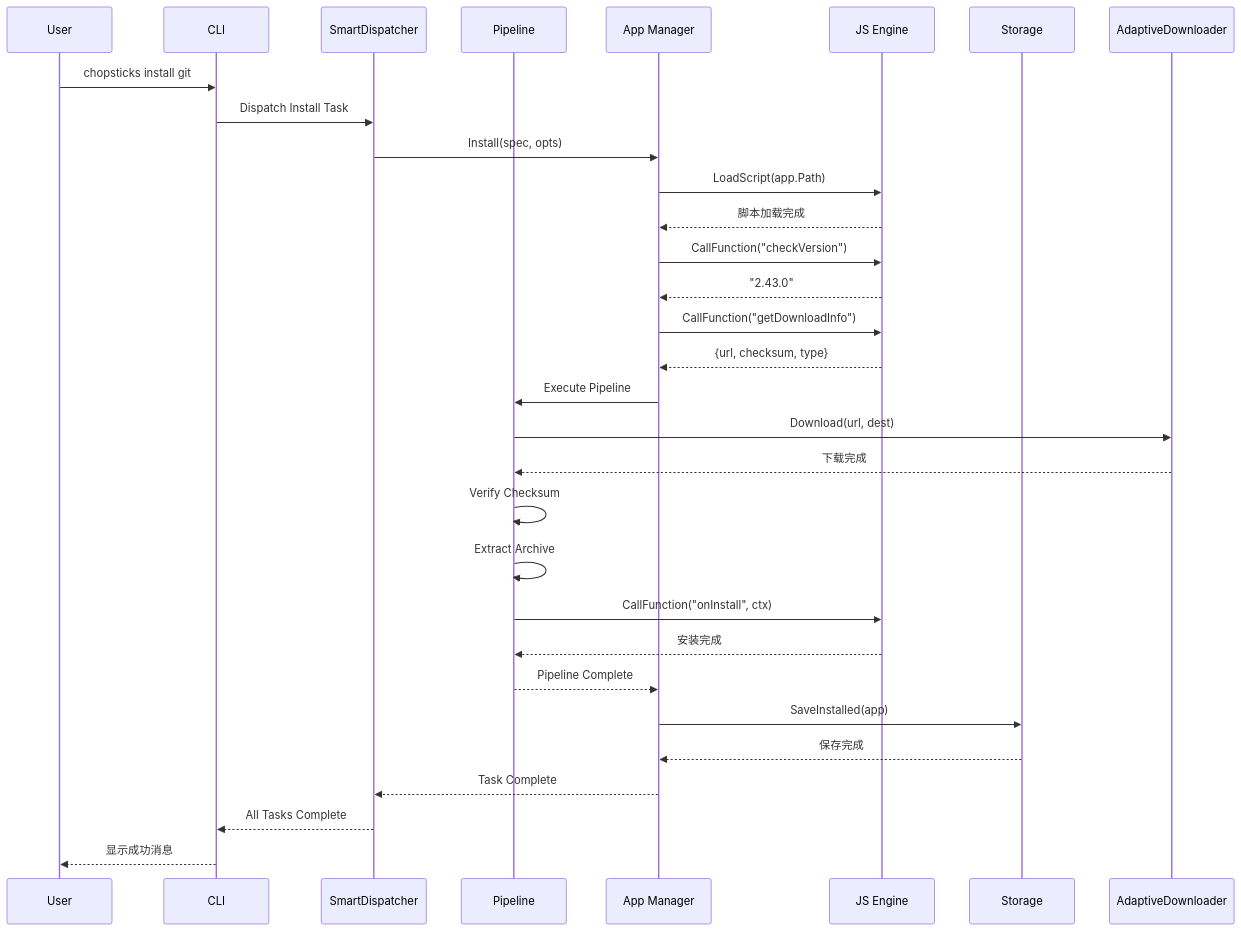
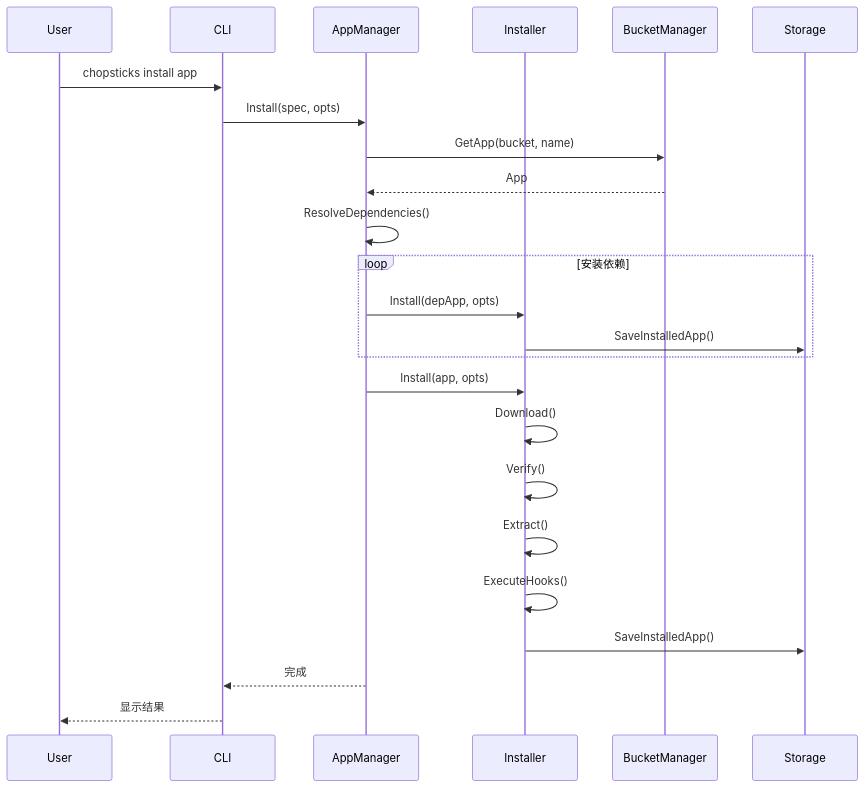
Before and after one commit to morning-start/chopsticks: the first of 3 diagrams in wiki/ARCHITECTURE.md, drawn with Mermaid. The commit also changed other lines of this file and 13 other files, not shown here.

````diff
--- a/wiki/ARCHITECTURE.md
+++ b/wiki/ARCHITECTURE.md
@@ -744,43 +276,32 @@
 ```mermaid
 sequenceDiagram
     participant User
     participant CLI
-    participant Dispatcher as SmartDispatcher
-    participant Pipeline as Pipeline
-    participant AppMgr as App Manager
-    participant Engine as JS Engine
-    participant Store as Storage
-    participant Downloader as AdaptiveDownloader
+    participant AppMgr as AppManager
+    participant Installer
+    participant BucketMgr as BucketManager
+    participant Storage
 
-    User->>CLI: chopsticks install git
-    CLI->>Dispatcher: Dispatch Install Task
-    Dispatcher->>AppMgr: Install(spec, opts)
+    User->>CLI: chopsticks install app
+    CLI->>AppMgr: Install(spec, opts)
 
-    AppMgr->>Engine: LoadScript(app.Path)
-    Engine-->>AppMgr: 脚本加载完成
+    AppMgr->>BucketMgr: GetApp(bucket, name)
+    BucketMgr-->>AppMgr: App
 
-    AppMgr->>Engine: CallFunction("checkVersion")
-    Engine-->>AppMgr: "2.43.0"
+    AppMgr->>AppMgr: ResolveDependencies()
 
-    AppMgr->>Engine: CallFunction("getDownloadInfo")
-    Engine-->>AppMgr: {url, checksum, type}
+    loop 安装依赖
+        AppMgr->>Installer: Install(depApp, opts)
+        Installer->>Storage: SaveInstalledApp()
+    end
 
-    AppMgr->>Pipeline: Execute Pipeline
+    AppMgr->>Installer: Install(app, opts)
+    Installer->>Installer: Download()
+    Installer->>Installer: Verify()
+    Installer->>Installer: Extract()
+    Installer->>Installer: ExecuteHooks()
+    Installer->>Storage: SaveInstalledApp()
 
-    Pipeline->>Downloader: Download(url, dest)
-    Downloader-->>Pipeline: 下载完成
-
-    Pipeline->>Pipeline: Verify Checksum
-    Pipeline->>Pipeline: Extract Archive
-
-    Pipeline->>Engine: CallFunction("onInstall", ctx)
-    Engine-->>Pipeline: 安装完成
-
-    Pipeline-->>AppMgr: Pipeline Complete
-    AppMgr->>Store: SaveInstalled(app)
-    Store-->>AppMgr: 保存完成
-
-    AppMgr-->>Dispatcher: Task Complete
-    Dispatcher-->>CLI: All Tasks Complete
-    CLI-->>User: 显示成功消息
+    AppMgr-->>CLI: 完成
+    CLI-->>User: 显示结果
 ```
````
